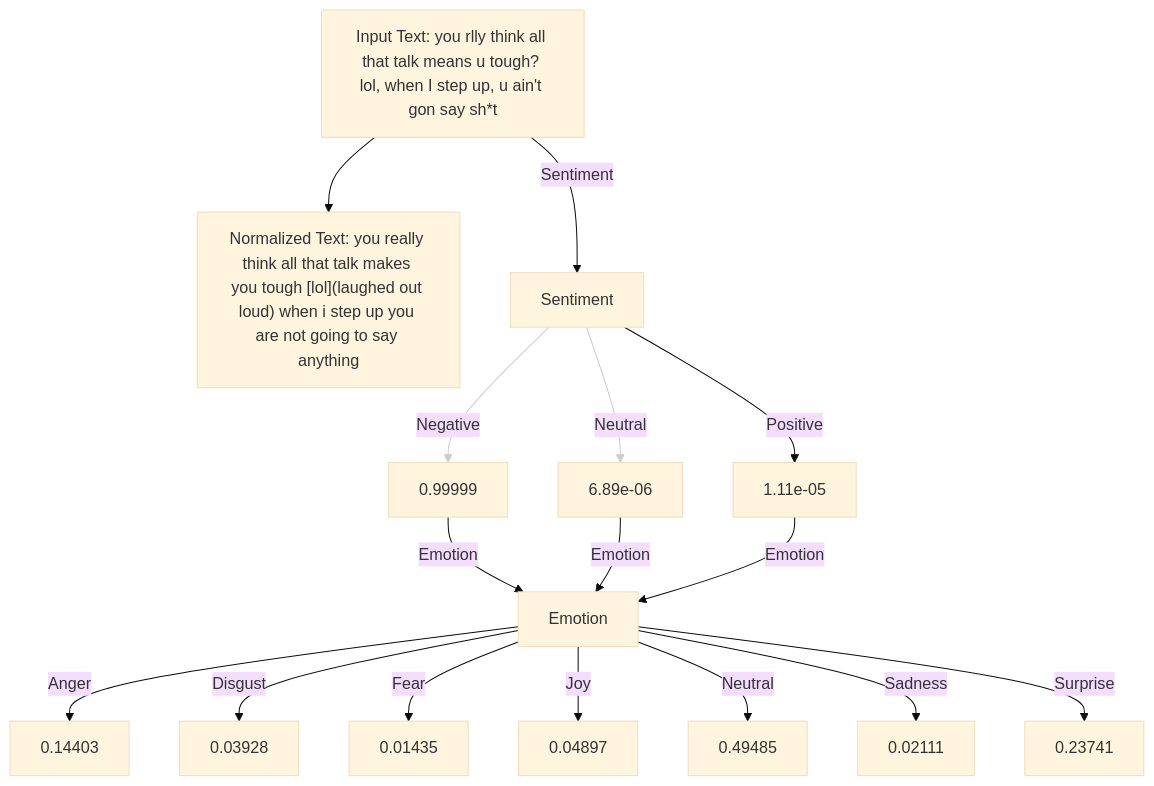
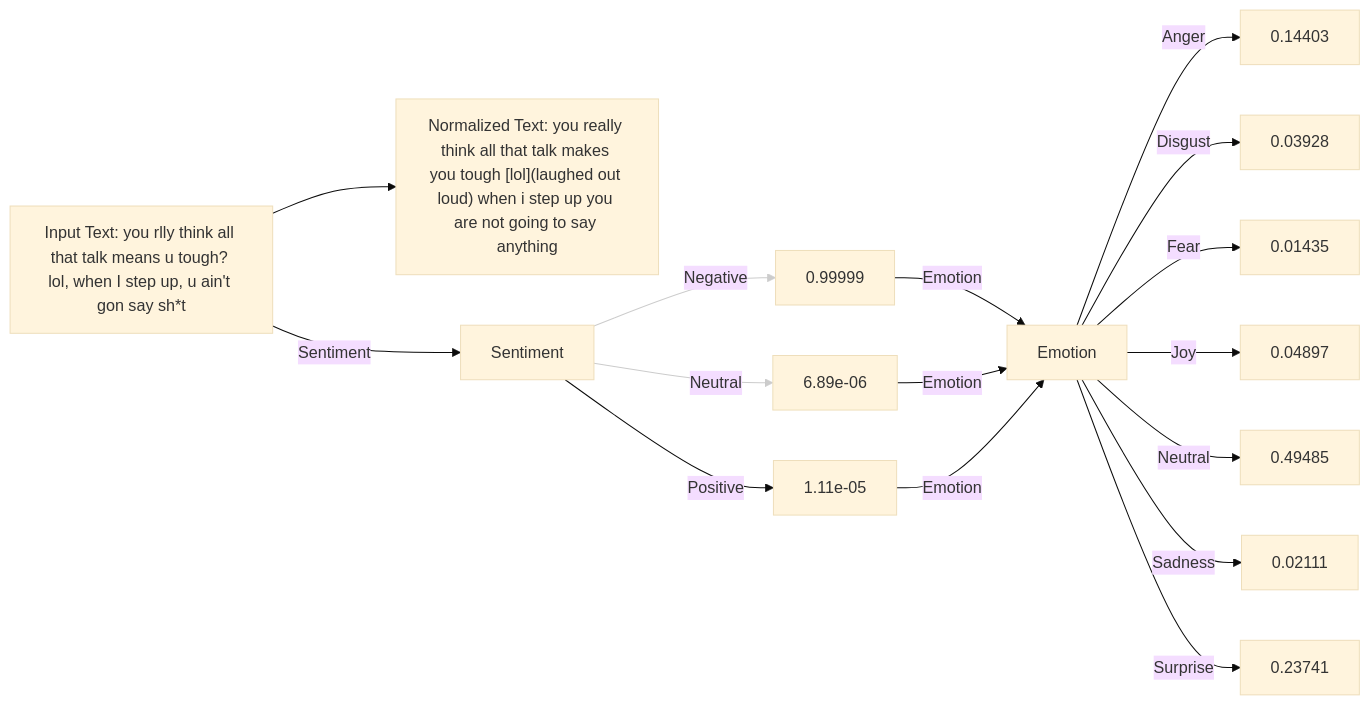
One commit to ArchismanKarmakar/Tachygraphy-Microtext-Analysis-And-Normalization changed the second of 3 diagrams in README.md. Above: the diagram before and after it, drawn with Mermaid (base theme).

````diff
--- a/README.md
+++ b/README.md
@@ -109,35 +109,35 @@
 ```mermaid
-graph TD;
+graph LR;
     %% Input and normalized text nodes
     A["Input Text: you rlly think all that talk means u tough? lol, when I step up, u ain't gon say sh*t"]
     B["Normalized Text: you really think all that talk makes you tough [lol](laughed out loud) when i step up you are not going to say anything"]
     C["Sentiment"]
 
     A --> B
     A -->|Sentiment| C
 
     %% Sentiment value nodes
     C -->|Negative| D["0.99999"]
     C -->|Neutral| E["6.89e-06"]
     C -->|Positive| F["1.11e-05"]
 
     %% Converge sentiment nodes to Emotion stage
     D -->|Emotion| G
     E -->|Emotion| G
     F -->|Emotion| G
 
     G["Emotion"]
 
     %% Emotion nodes: arrow labels show emotion category; nodes show numeric values.
     G -->|Anger| H["0.14403"]
     G -->|Disgust| I["0.03928"]
     G -->|Fear| J["0.01435"]
     G -->|Joy| K["0.04897"]
     G -->|Neutral| L["0.49485"]
     G -->|Sadness| M["0.02111"]
     G -->|Surprise| N["0.23741"]
 
 %% Style the Neutral and Positive sentiment arrows with a lighter stroke.
 linkStyle 2 stroke:#cccccc, stroke-width:1px;
 linkStyle 3 stroke:#cccccc, stroke-width:1px;
 ```
````
